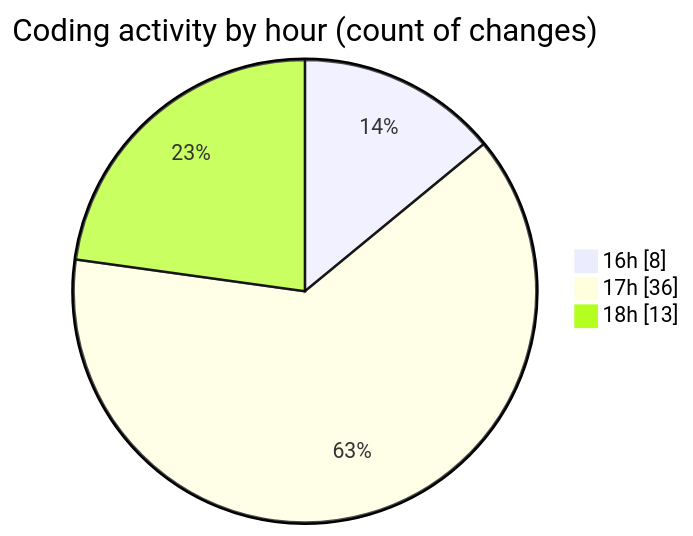
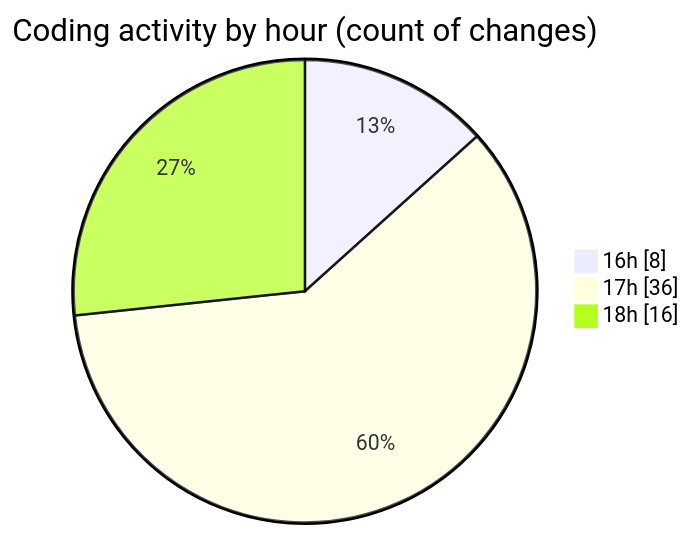
Before and after one commit to robertbonfada/code-tracking: the second of 2 diagrams in 2025-01-08/mbc-web/README.md, drawn with Mermaid. The commit also changed other lines of this file and 1 other file, not shown here.

````diff
--- a/2025-01-08/mbc-web/README.md
+++ b/2025-01-08/mbc-web/README.md
@@ -44,7 +44,7 @@
 ```mermaid
 pie showData
 title Coding activity by hour (count of changes)
 "16h" : 8
 "17h" : 36
-"18h" : 13
+"18h" : 16
 ```
````
